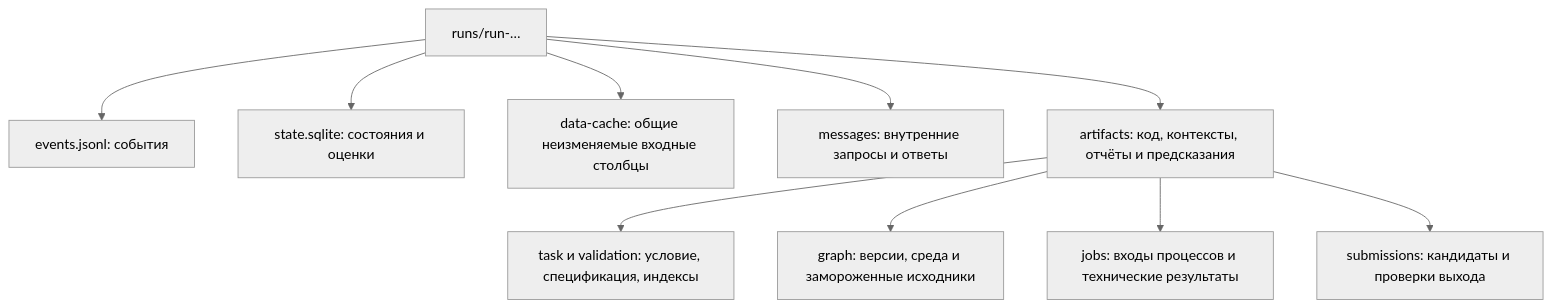
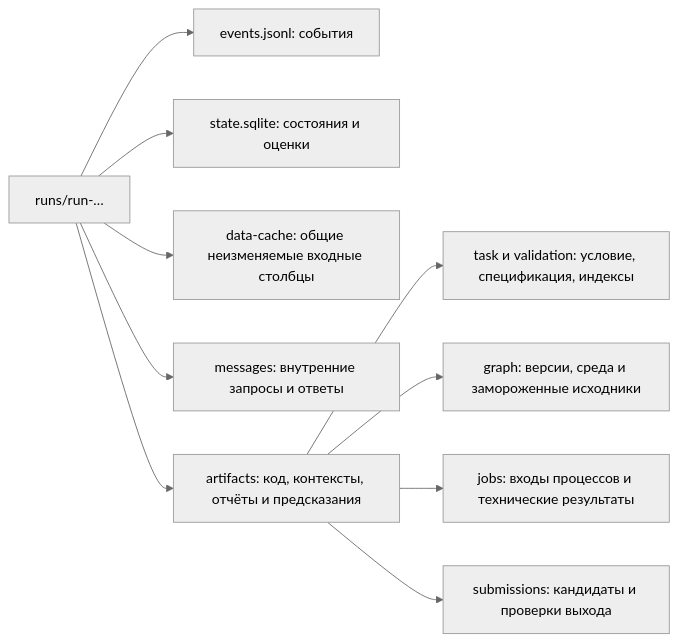
Diagram 12 of 14 in docs/PROJECT_GUIDE.md (ExpertDaniil/stepan), drawn with Mermaid (neutral theme) before and after one commit. The commit also changed other lines of this file and 3 other files, not shown here.

Commit message:
docs: record verified release and improve project diagrams

````diff
--- a/docs/PROJECT_GUIDE.md
+++ b/docs/PROJECT_GUIDE.md
@@ -311,12 +320,12 @@
 ```mermaid
-flowchart TD
+flowchart LR
     R["runs/run-…"] --> E["events.jsonl: события"]
     R --> DB["state.sqlite: состояния и оценки"]
     R --> C["data-cache: общие неизменяемые входные столбцы"]
     R --> M["messages: внутренние запросы и ответы"]
     R --> A["artifacts: код, контексты, отчёты и предсказания"]
     A --> T["task и validation: условие, спецификация, индексы"]
     A --> G["graph: версии, среда и замороженные исходники"]
     A --> J["jobs: входы процессов и технические результаты"]
     A --> S["submissions: кандидаты и проверки выхода"]
 ```
````
